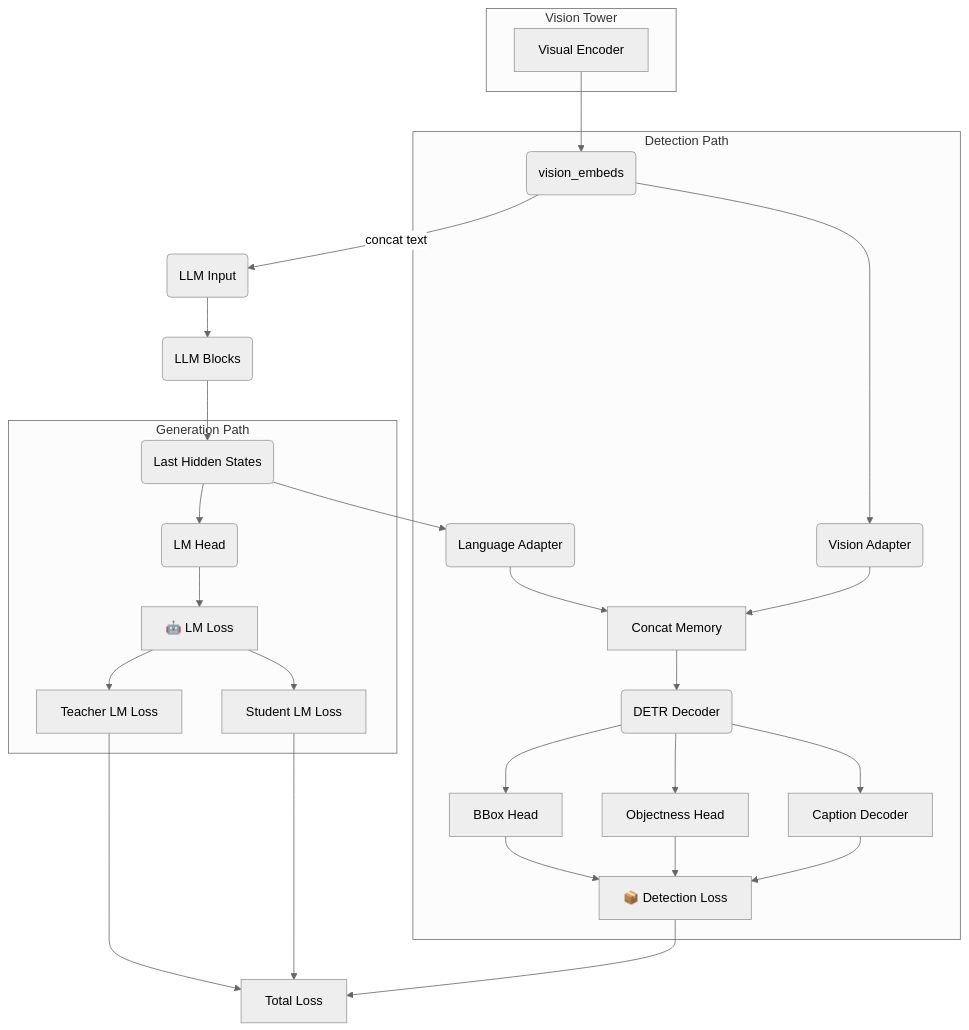
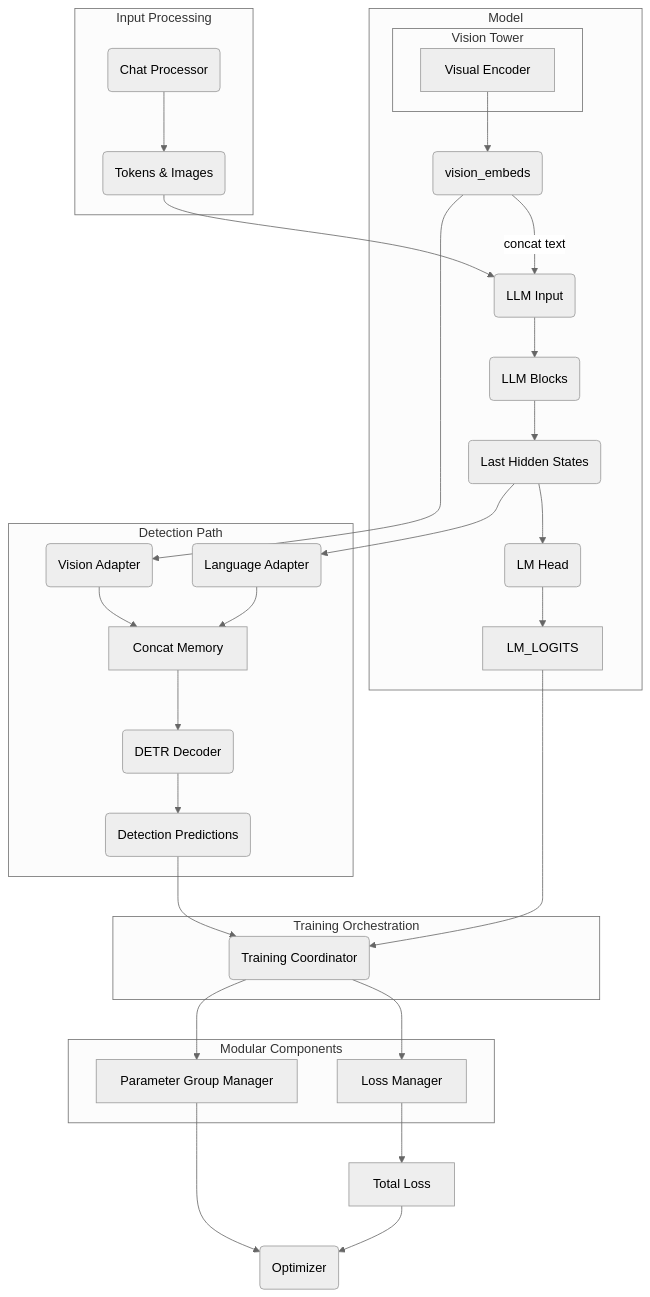
The diagram in docs/architecture.md (Pein2017/Qwen2.5Vl), drawn with Mermaid (neutral theme) before and after one commit. The commit also changed other lines of this file and 16 other files, not shown here.

First line of the commit message:
Fix critical data pipeline issues and improve teacher-student templates

````diff
--- a/docs/architecture.md
+++ b/docs/architecture.md
@@ -8,29 +8,45 @@
 ```mermaid
 graph TD
-    subgraph Vision Tower
-        VT[Visual Encoder]
+    subgraph Input Processing
+        IP(Chat Processor) --> TOKENS(Tokens & Images)
     end
-    VT --> V_EMB(vision_embeds)
-    V_EMB -->|concat text| LLM_IN(LLM Input)
-    LLM_IN --> LLM_BLOCKS(LLM Blocks)
-    LLM_BLOCKS --> HIDDEN(Last Hidden States)
-
-    subgraph Generation Path
-        HIDDEN --> LM_HEAD(LM Head) --> LM_LOSS[🤖 LM Loss]
-        LM_LOSS --> TEACHER_SPLIT[Teacher LM Loss]
-        LM_LOSS --> STUDENT_SPLIT[Student LM Loss]
+    
+    subgraph Model
+        subgraph Vision Tower
+            VT[Visual Encoder]
+        end
+        VT --> V_EMB(vision_embeds)
+        V_EMB -->|concat text| LLM_IN(LLM Input)
+        TOKENS --> LLM_IN
+        LLM_IN --> LLM_BLOCKS(LLM Blocks)
+        LLM_BLOCKS --> HIDDEN(Last Hidden States)
+        HIDDEN --> LM_HEAD(LM Head) --> LM_LOGITS
     end
 
     subgraph Detection Path
         V_EMB --> VIS_ADPT(Vision Adapter)
         HIDDEN --> LANG_ADPT(Language Adapter)
         VIS_ADPT & LANG_ADPT --> MEM[Concat Memory]
         MEM --> DECODER(DETR Decoder)
-        DECODER --> BBOX[BBox Head]
-        DECODER --> OBJ[Objectness Head]
-        DECODER --> CAPTION[Caption Decoder]
-        BBOX & OBJ & CAPTION --> DET_LOSS[📦 Detection Loss]
+        DECODER --> DET_PREDS(Detection Predictions)
     end
 
-    TEACHER_SPLIT & STUDENT_SPLIT & DET_LOSS --> TOTAL[Total Loss]
+    subgraph Training Orchestration
+        TC(Training Coordinator)
+    end
+    
+    LM_LOGITS & DET_PREDS --> TC
+
+    subgraph Modular Components
+        LM[Loss Manager]
+        PM[Parameter Group Manager]
+    end
+
+    TC --> LM
+    TC --> PM
+
+    LM --> TOTAL_LOSS[Total Loss]
+    TOTAL_LOSS --> OPTIMIZER(Optimizer)
+
+    PM --> OPTIMIZER
 ```
````
